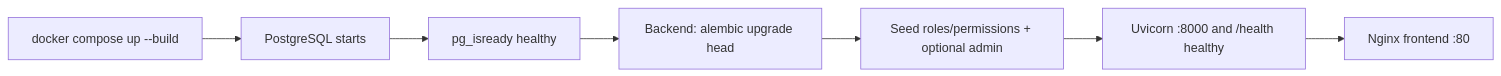
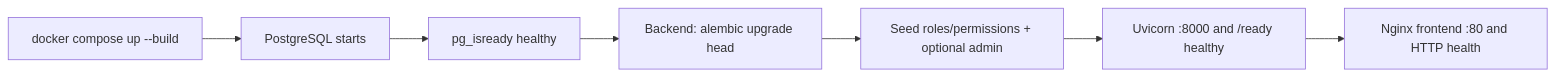
Before and after one commit to koushan123/azari-web-app: the tenth of 15 diagrams in HOW_THE_PROJECT_WORKS.md, drawn with Mermaid. The commit also changed other lines of this file and 18 other files, not shown here.

````diff
--- a/HOW_THE_PROJECT_WORKS.md
+++ b/HOW_THE_PROJECT_WORKS.md
@@ -606,9 +606,9 @@
 ```mermaid
 flowchart LR
     C[docker compose up --build] --> DB[PostgreSQL starts]
     DB --> H[pg_isready healthy]
     H --> M[Backend: alembic upgrade head]
     M --> B[Seed roles/permissions + optional admin]
-    B --> U[Uvicorn :8000 and /health healthy]
-    U --> N[Nginx frontend :80]
+    B --> U[Uvicorn :8000 and /ready healthy]
+    U --> N[Nginx frontend :80 and HTTP health]
 ```
````
